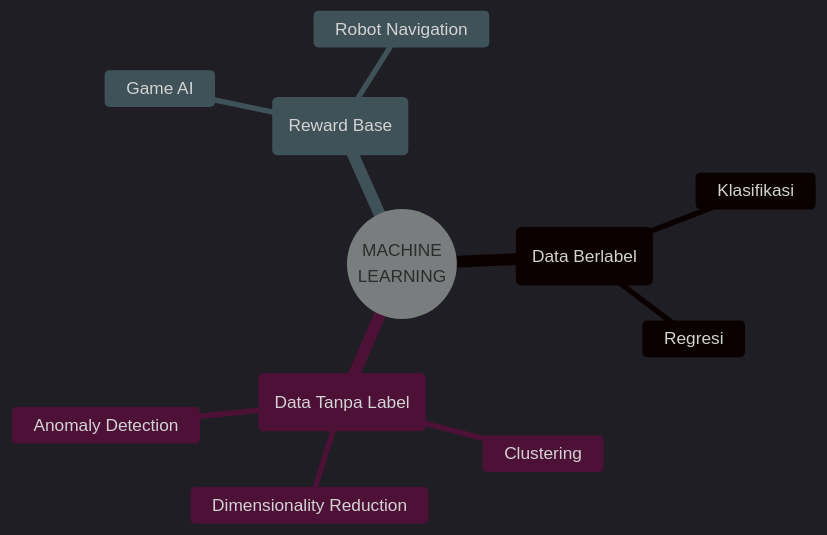
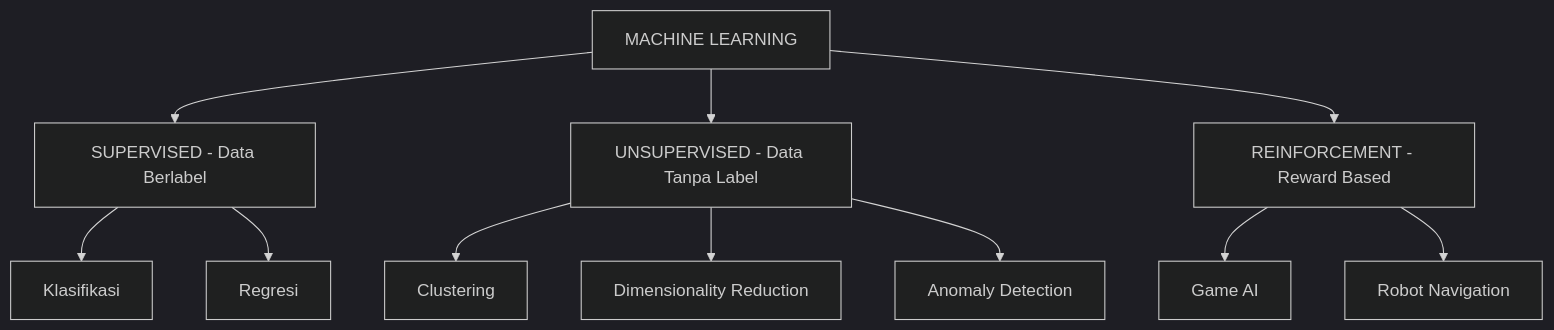
One commit to antonprafanto/dasarAI2026 changed the second of 10 diagrams in bab-05-machine-learning.md. Above: the diagram before and after it, drawn with Mermaid (dark theme). The commit also changed 2 other files, not shown here.

Commit message:
Fix: Replace mindmap diagrams with flowcharts for GitHub dark mode compatibility

````diff
--- a/bab-05-machine-learning.md
+++ b/bab-05-machine-learning.md
@@ -76,14 +76,18 @@
 ```mermaid
-mindmap
-  root((MACHINE<br/>LEARNING))
-    SUPERVISED<br/>(Data Berlabel)
-        Klasifikasi
-        Regresi
-    UNSUPERVISED<br/>(Data Tanpa Label)
-        Clustering
-        Dimensionality Reduction
-        Anomaly Detection
-    REINFORCEMENT<br/>(Reward Base)
-        Game AI
-        Robot Navigation
+flowchart TD
+    Root["MACHINE LEARNING"]
+    
+    Root --> SUP["SUPERVISED - Data Berlabel"]
+    Root --> UNS["UNSUPERVISED - Data Tanpa Label"]
+    Root --> RL["REINFORCEMENT - Reward Based"]
+    
+    SUP --> CLS[Klasifikasi]
+    SUP --> REG[Regresi]
+    
+    UNS --> CLU[Clustering]
+    UNS --> DIM[Dimensionality Reduction]
+    UNS --> ANO[Anomaly Detection]
+    
+    RL --> GAM[Game AI]
+    RL --> ROB[Robot Navigation]
 ```
````
